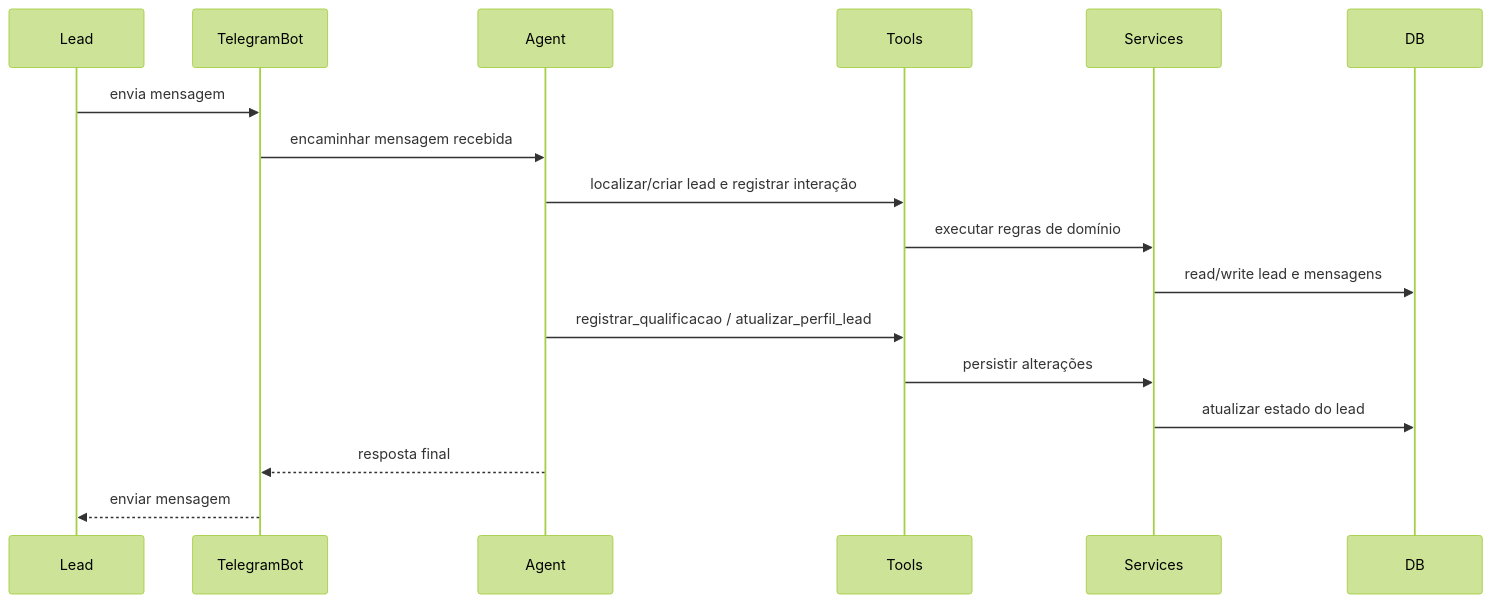
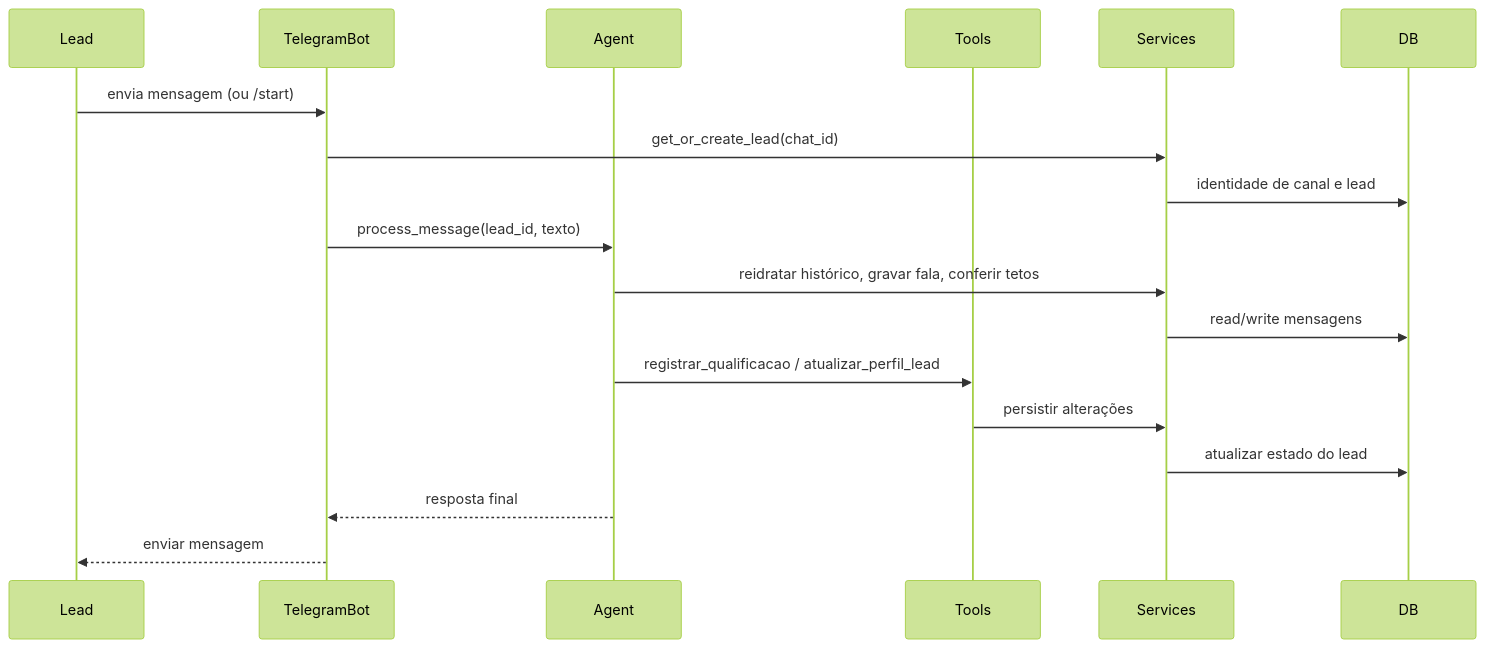
One commit to luizaaca/agente_imobiliario changed the first of 3 diagrams in docs/02-arquitetura/03-cenarios-de-runtime.md. Above: the diagram before and after it, drawn with Mermaid (forest theme). The commit also changed other lines of this file and 16 other files, not shown here.

````diff
--- a/docs/02-arquitetura/03-cenarios-de-runtime.md
+++ b/docs/02-arquitetura/03-cenarios-de-runtime.md
@@ -40,20 +38,21 @@
 ```mermaid
 sequenceDiagram
     participant Lead
     participant TelegramBot
     participant Agent
     participant Tools
     participant Services
     participant DB
 
-    Lead->>TelegramBot: envia mensagem
-    TelegramBot->>Agent: encaminhar mensagem recebida
-    Agent->>Tools: localizar/criar lead e registrar interação
-    Tools->>Services: executar regras de domínio
-    Services->>DB: read/write lead e mensagens
+    Lead->>TelegramBot: envia mensagem (ou /start)
+    TelegramBot->>Services: get_or_create_lead(chat_id)
+    Services->>DB: identidade de canal e lead
+    TelegramBot->>Agent: process_message(lead_id, texto)
+    Agent->>Services: reidratar histórico, gravar fala, conferir tetos
+    Services->>DB: read/write mensagens
     Agent->>Tools: registrar_qualificacao / atualizar_perfil_lead
     Tools->>Services: persistir alterações
     Services->>DB: atualizar estado do lead
     Agent-->>TelegramBot: resposta final
     TelegramBot-->>Lead: enviar mensagem
 ```
````
